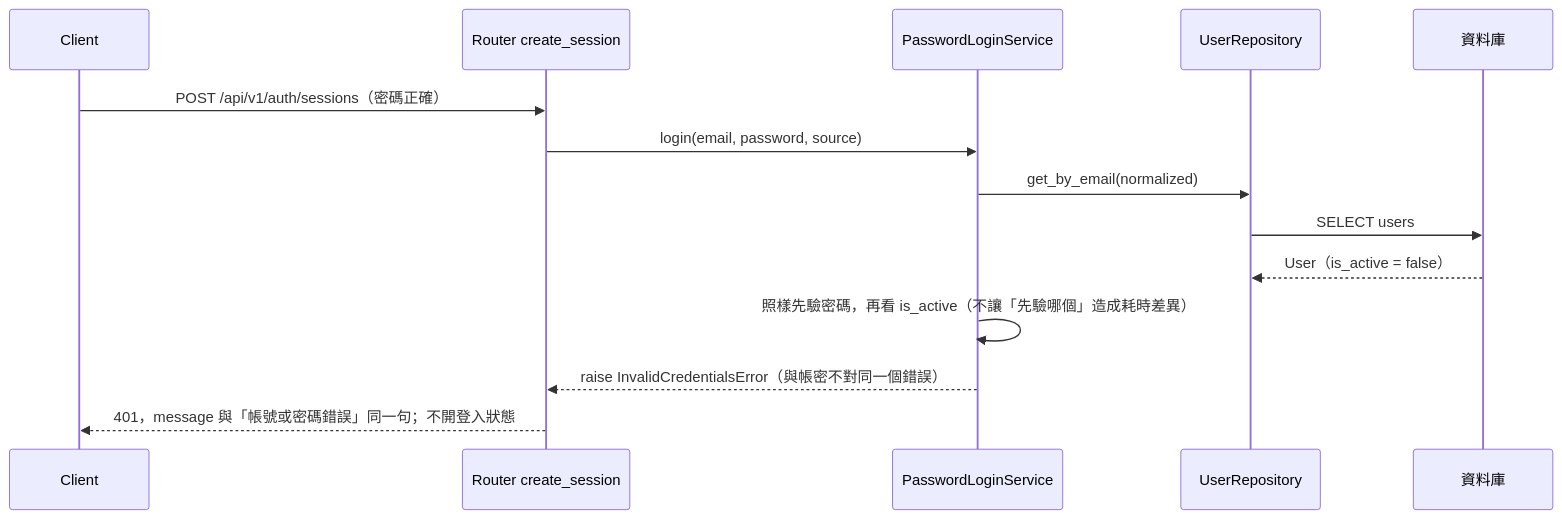
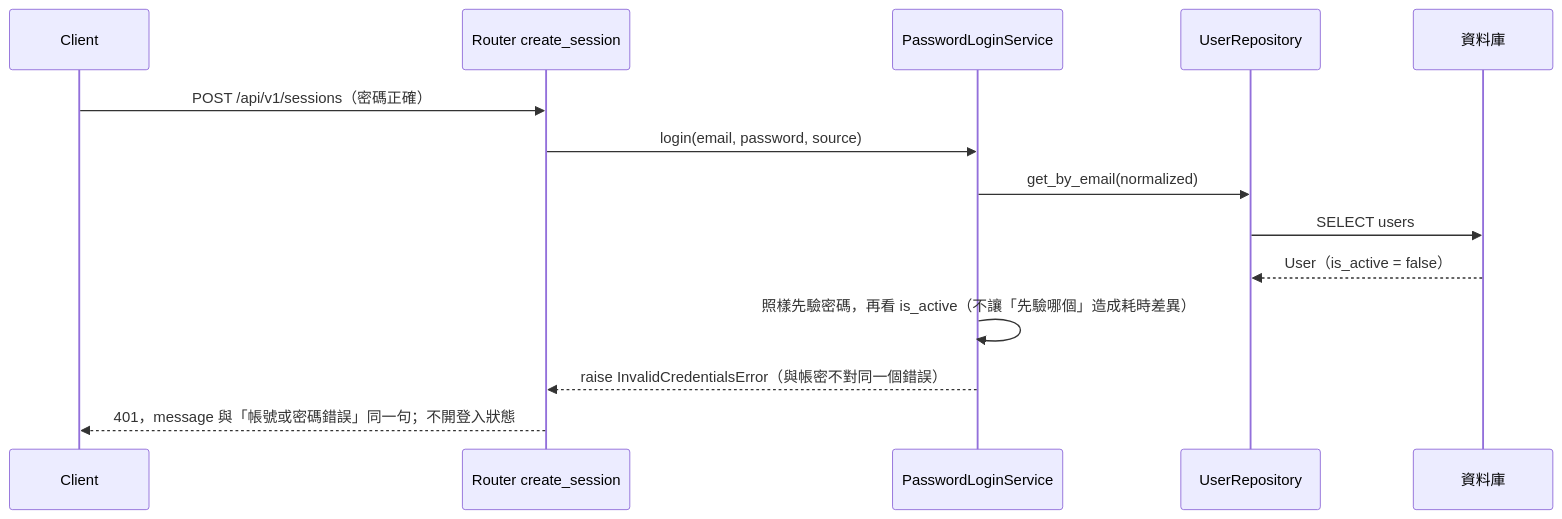
Before and after one commit to label-suite/label-suite: the sixth of 30 diagrams in openspec/changes/login-auth-guard/system-design.md, drawn with Mermaid. The commit also changed other lines of this file and 4 other files, not shown here.

First line of the commit message:
docs: write the api contract for login and auth guard (#719)

````diff
--- a/openspec/changes/login-auth-guard/system-design.md
+++ b/openspec/changes/login-auth-guard/system-design.md
@@ -426,16 +426,16 @@
 ```mermaid
 sequenceDiagram
   participant C as Client
   participant R as Router create_session
   participant L as PasswordLoginService
   participant U as UserRepository
   participant DB as 資料庫
-  C->>R: POST /api/v1/auth/sessions（密碼正確）
+  C->>R: POST /api/v1/sessions（密碼正確）
   R->>L: login(email, password, source)
   L->>U: get_by_email(normalized)
   U->>DB: SELECT users
   DB-->>U: User（is_active = false）
   L->>L: 照樣先驗密碼，再看 is_active（不讓「先驗哪個」造成耗時差異）
   L-->>R: raise InvalidCredentialsError（與帳密不對同一個錯誤）
   R-->>C: 401，message 與「帳號或密碼錯誤」同一句；不開登入狀態
 ```
````
